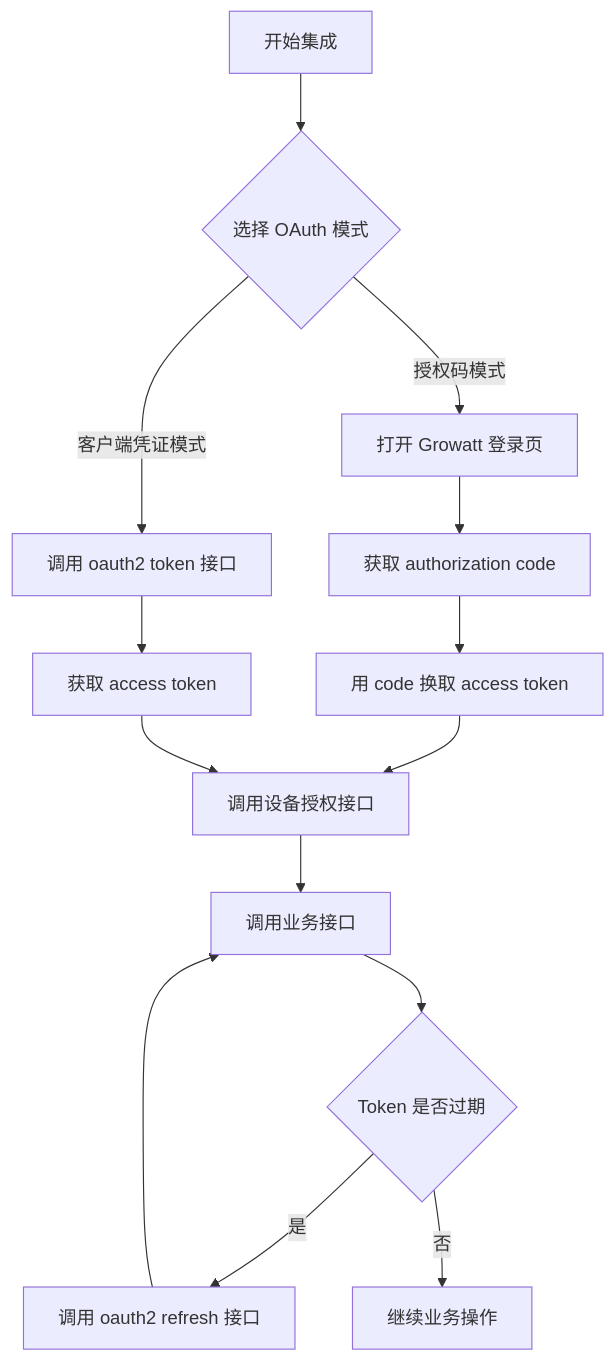
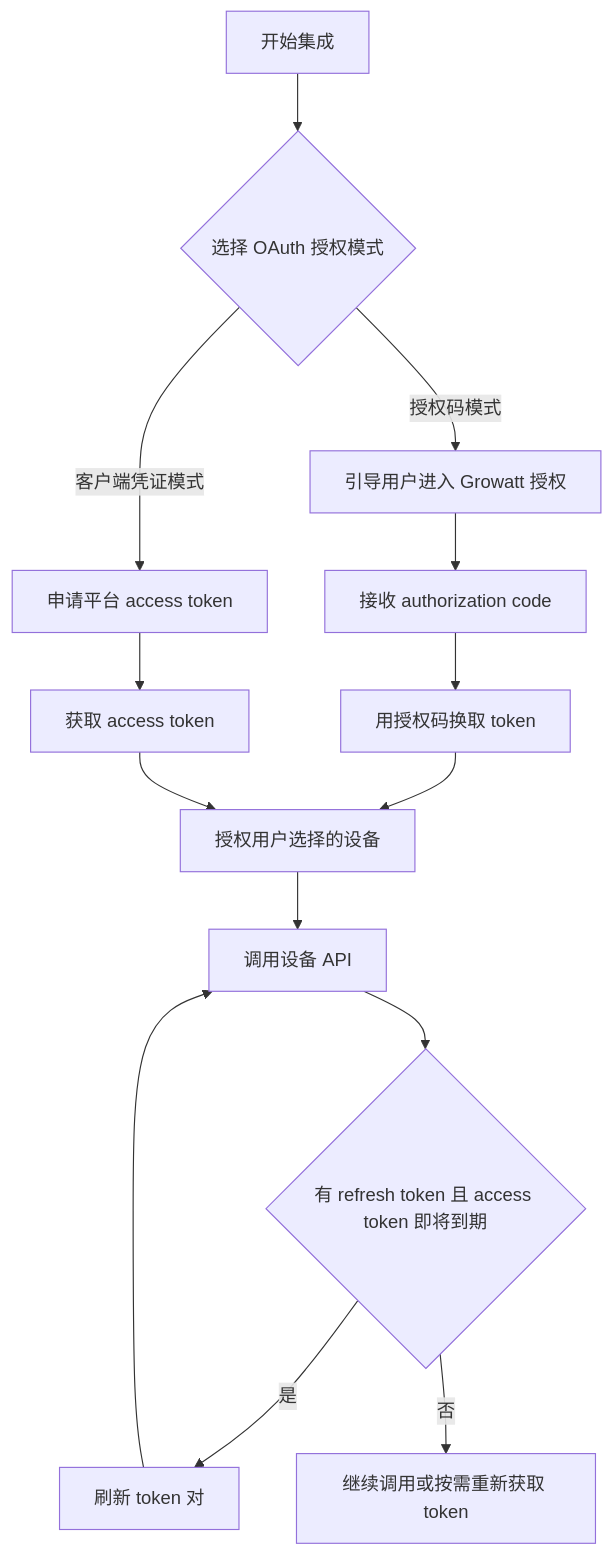
One commit to EugeneJian/growatt-unified-api changed the first of 2 diagrams in Growatt API/OPENAPI.zh-CN/01_authentication.md. Above: the diagram before and after it, drawn with Mermaid. The commit also changed other lines of this file and 46 other files, not shown here.

````diff
--- a/Growatt API/OPENAPI.zh-CN/01_authentication.md
+++ b/Growatt API/OPENAPI.zh-CN/01_authentication.md
@@ -7,17 +7,16 @@
 ```mermaid
-%% 本代码严格遵循AI生成Mermaid代码的终极准则v4.1（Mermaid终极大师）
 flowchart TD
-    A["开始集成"] --> B{"选择 OAuth 模式"}
-    B -->|"授权码模式"| C["打开 Growatt 登录页"]
-    B -->|"客户端凭证模式"| D["调用 oauth2 token 接口"]
-    C --> E["获取 authorization code"]
-    E --> F["用 code 换取 access token"]
+    A["开始集成"] --> B{"选择 OAuth 授权模式"}
+    B -->|"授权码模式"| C["引导用户进入 Growatt 授权"]
+    B -->|"客户端凭证模式"| D["申请平台 access token"]
+    C --> E["接收 authorization code"]
+    E --> F["用授权码换取 token"]
     D --> G["获取 access token"]
-    F --> H["调用设备授权接口"]
+    F --> H["授权用户选择的设备"]
     G --> H
-    H --> I["调用业务接口"]
-    I --> J{"Token 是否过期"}
-    J -->|"是"| K["调用 oauth2 refresh 接口"]
+    H --> I["调用设备 API"]
+    I --> J{"有 refresh token 且 access token 即将到期"}
+    J -->|"是"| K["刷新 token 对"]
     K --> I
-    J -->|"否"| L["继续业务操作"]
+    J -->|"否"| L["继续调用或按需重新获取 token"]
 ```
````
